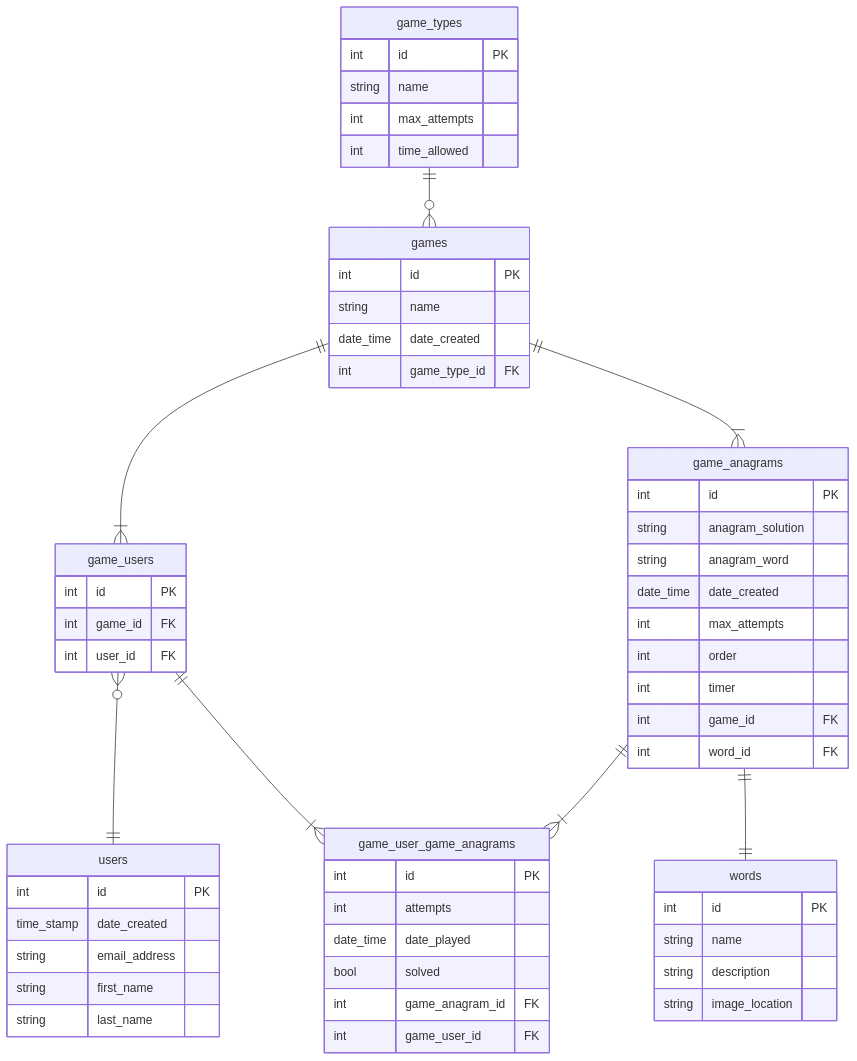
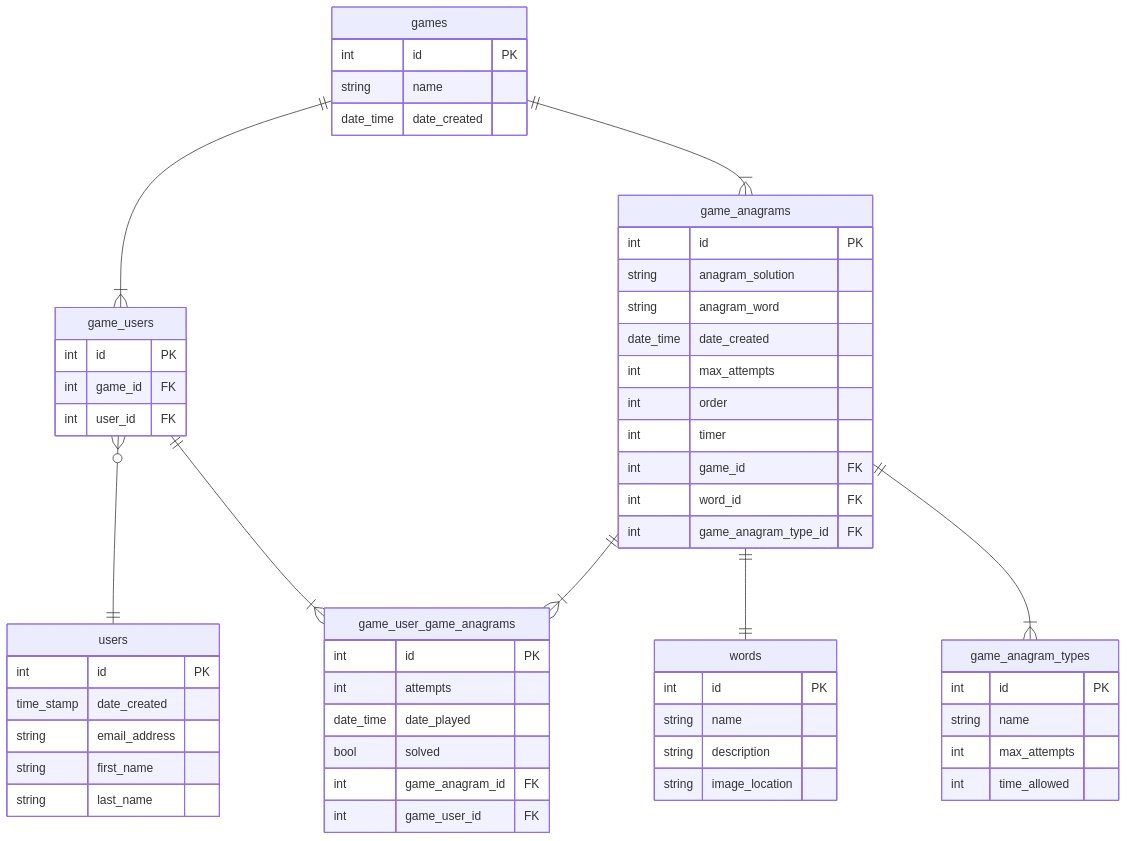
One commit to seanjamescurrie/bananagrams changed the second of 2 diagrams in README.md. Above: the diagram before and after it, drawn with Mermaid. The commit also changed other lines of this file, not shown here.

````diff
--- a/README.md
+++ b/README.md
@@ -220,70 +220,70 @@
 ```mermaid
 erDiagram
 
-  game_types ||--o{ games : ""
   games ||--|{ game_users : ""
   games ||--|{ game_anagrams : ""
   game_users }o--|| users : ""
   game_users ||--|{ game_user_game_anagrams : ""
   game_anagrams ||--|{ game_user_game_anagrams : ""
   game_anagrams ||--|| words : ""
+  game_anagrams ||--|{ game_anagram_types : ""
   
-  game_types {
+  game_anagram_types {
     int id PK
     string name
     int max_attempts
     int time_allowed
   }
   
   games {
     int id PK
     string name
     date_time date_created
-    int game_type_id FK
   }
   
   words {
     int id PK
     string name
     string description
     string image_location
   }
   
   game_anagrams {
     int id PK
     string anagram_solution
     string anagram_word
     date_time date_created
     int max_attempts
     int order
     int timer
     int game_id FK
     int word_id FK
+    int game_anagram_type_id FK
   }
   
   users {
     int id PK
     time_stamp date_created
     string email_address
     string first_name
     string last_name
   }
   
   game_users {
     int id PK
     int game_id FK
     int user_id FK
   }
   
   game_user_game_anagrams {
     int id PK
     int attempts
     date_time date_played
     bool solved
     int game_anagram_id FK
     int game_user_id FK
   }
   
   
 
 ```
````
